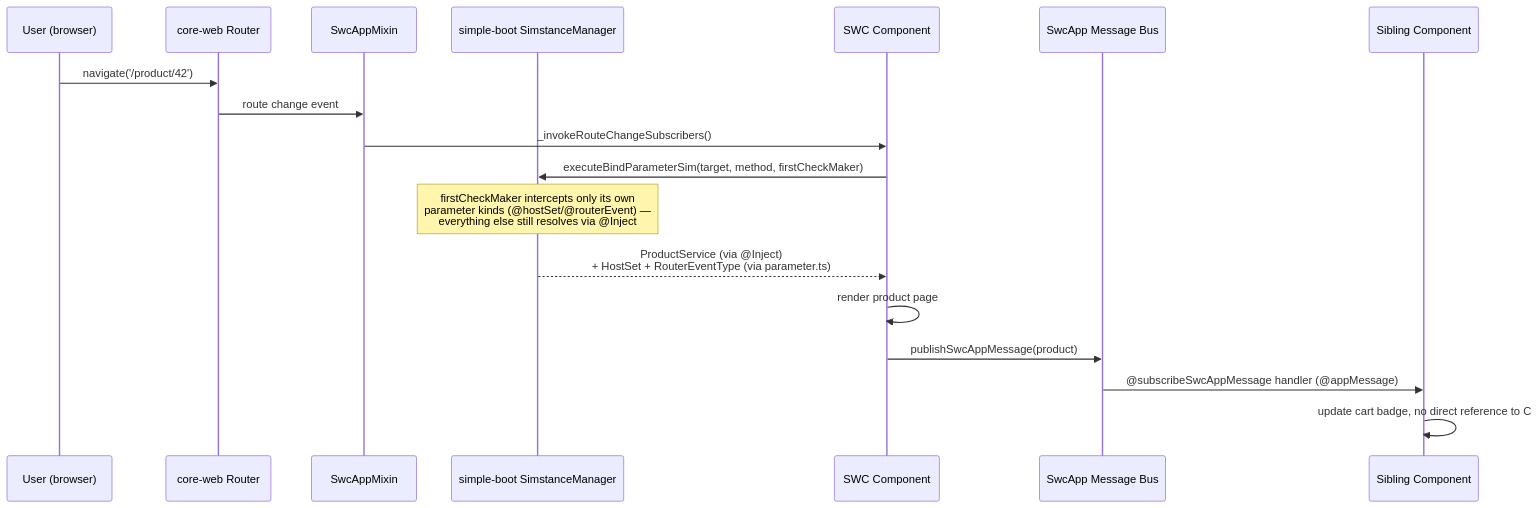
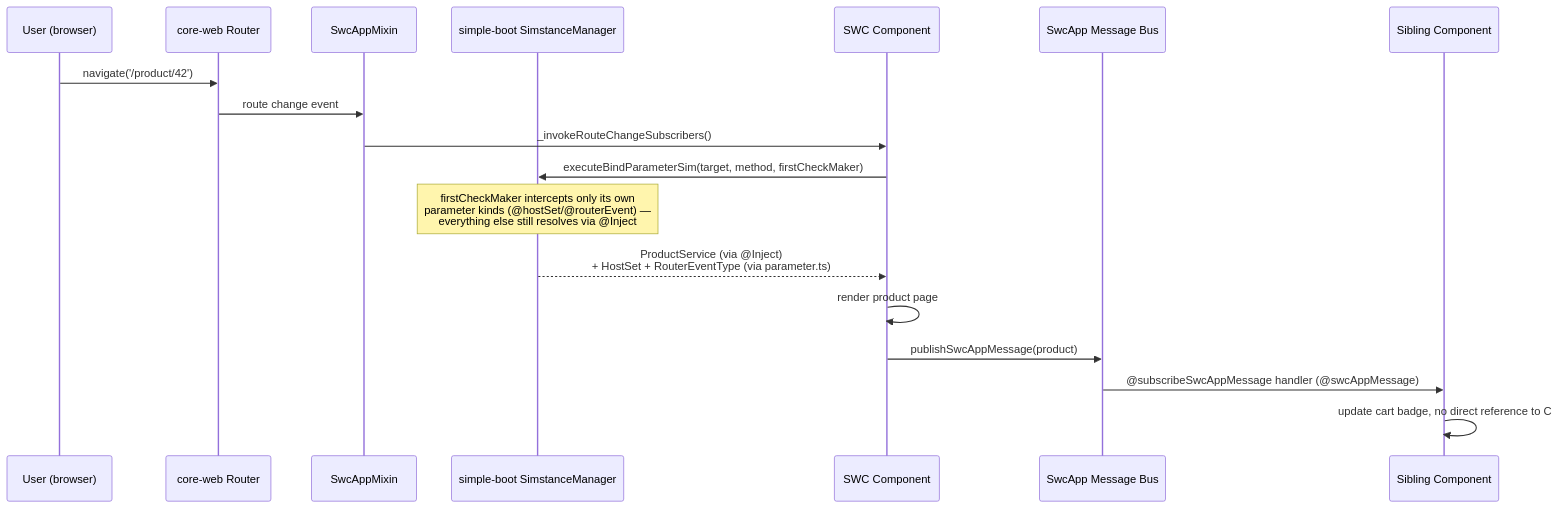
The second of 3 diagrams in README.MD (dooboostore-develop/packages), drawn with Mermaid before and after one commit. The commit also changed other lines of this file and 12 other files, not shown here.

````diff
--- a/README.MD
+++ b/README.MD
@@ -91,21 +91,21 @@
 ```mermaid
 sequenceDiagram
     participant U as User (browser)
     participant R as core-web Router
     participant M as SwcAppMixin
     participant DI as simple-boot SimstanceManager
     participant C as SWC Component
     participant Bus as SwcApp Message Bus
     participant O as Sibling Component
 
     U->>R: navigate('/product/42')
     R->>M: route change event
     M->>C: _invokeRouteChangeSubscribers()
     C->>DI: executeBindParameterSim(target, method, firstCheckMaker)
     Note over DI: firstCheckMaker intercepts only its own<br/>parameter kinds (@hostSet/@routerEvent) —<br/>everything else still resolves via @Inject
     DI-->>C: ProductService (via @Inject)<br/>+ HostSet + RouterEventType (via parameter.ts)
     C->>C: render product page
     C->>Bus: publishSwcAppMessage(product)
-    Bus->>O: @subscribeSwcAppMessage handler (@appMessage)
+    Bus->>O: @subscribeSwcAppMessage handler (@swcAppMessage)
     O->>O: update cart badge, no direct reference to C
 ```
````
